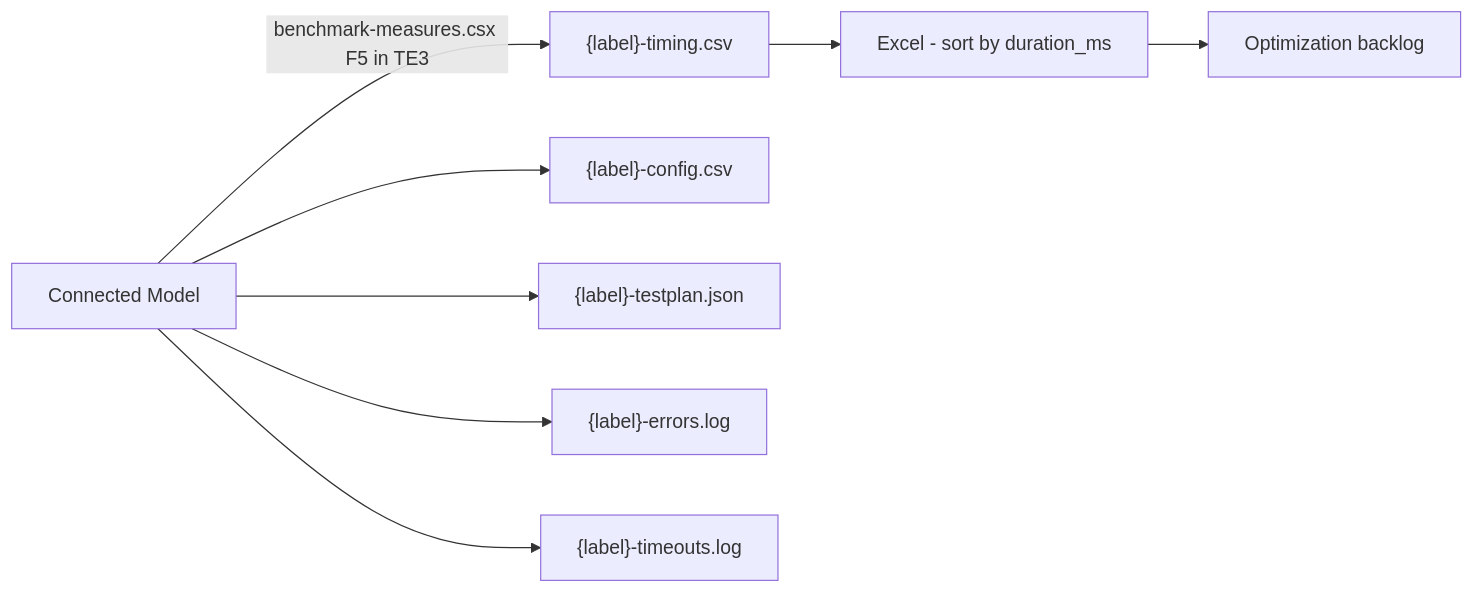
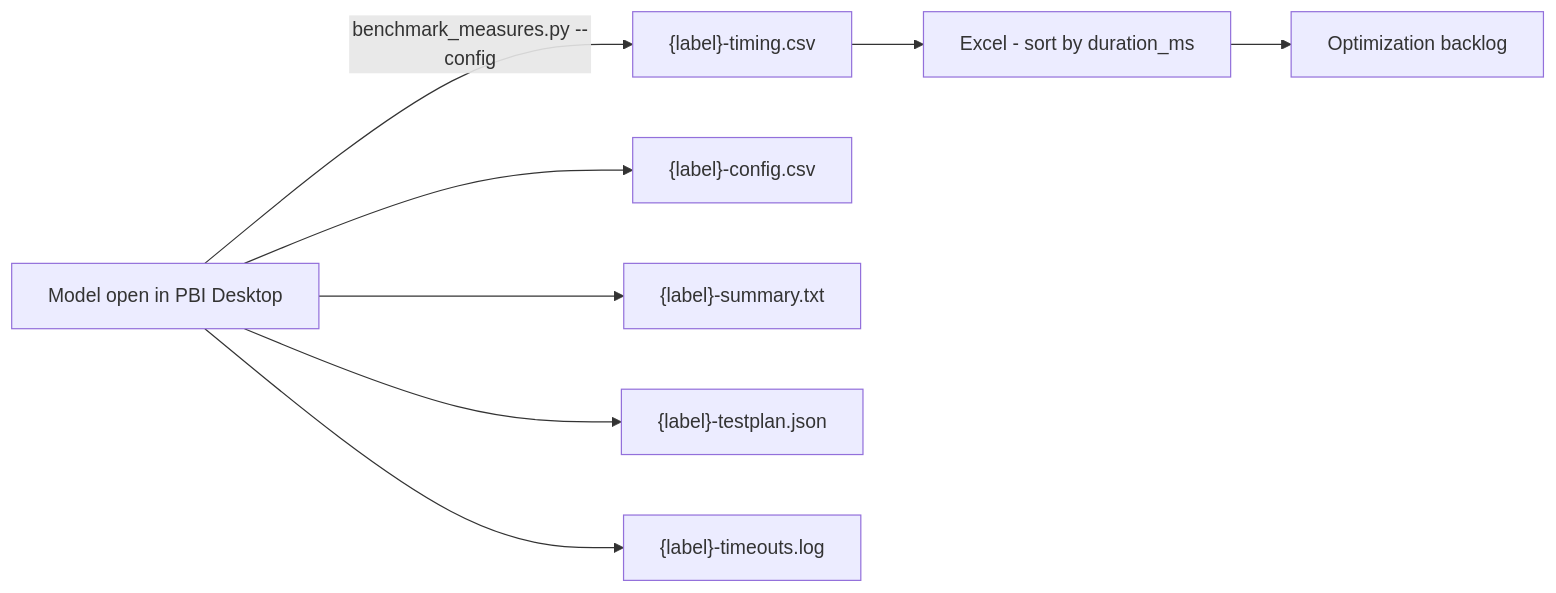
Before and after one commit to David-E-Kay/power-bi-assistant: the second of 3 diagrams in docs/guides/measure-benchmarking-developer-guide.md, drawn with Mermaid. The commit also changed other lines of this file and 46 other files, not shown here.

````diff
--- a/docs/guides/measure-benchmarking-developer-guide.md
+++ b/docs/guides/measure-benchmarking-developer-guide.md
@@ -99,10 +101,10 @@
 ```mermaid
 flowchart LR
-    M["Connected Model"] -->|"benchmark-measures.csx F5 in TE3"| TC["{label}-timing.csv"]
+    M["Model open in PBI Desktop"] -->|"benchmark_measures.py --config"| TC["{label}-timing.csv"]
     M --> CC["{label}-config.csv"]
+    M --> SM["{label}-summary.txt"]
     M --> TP["{label}-testplan.json"]
-    M --> EL["{label}-errors.log"]
     M --> TL["{label}-timeouts.log"]
     TC --> X["Excel - sort by duration_ms"]
     X --> O["Optimization backlog"]
 ```
````
